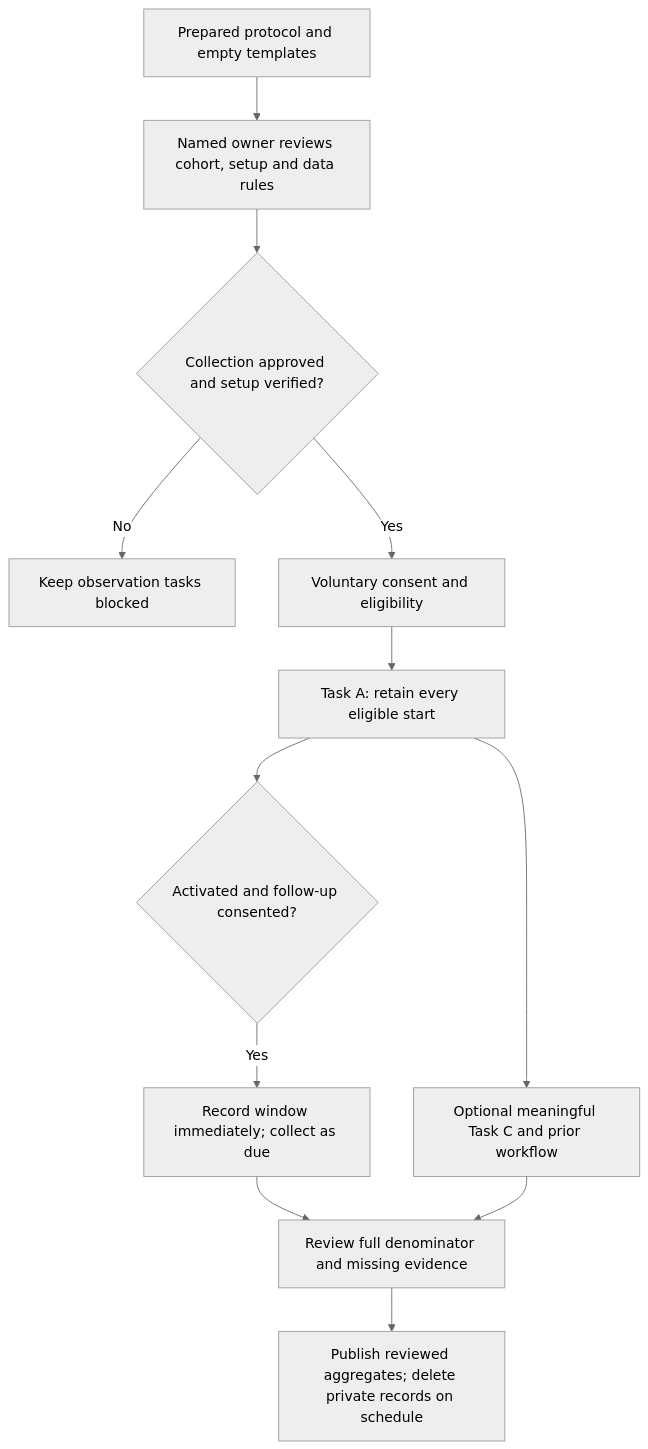
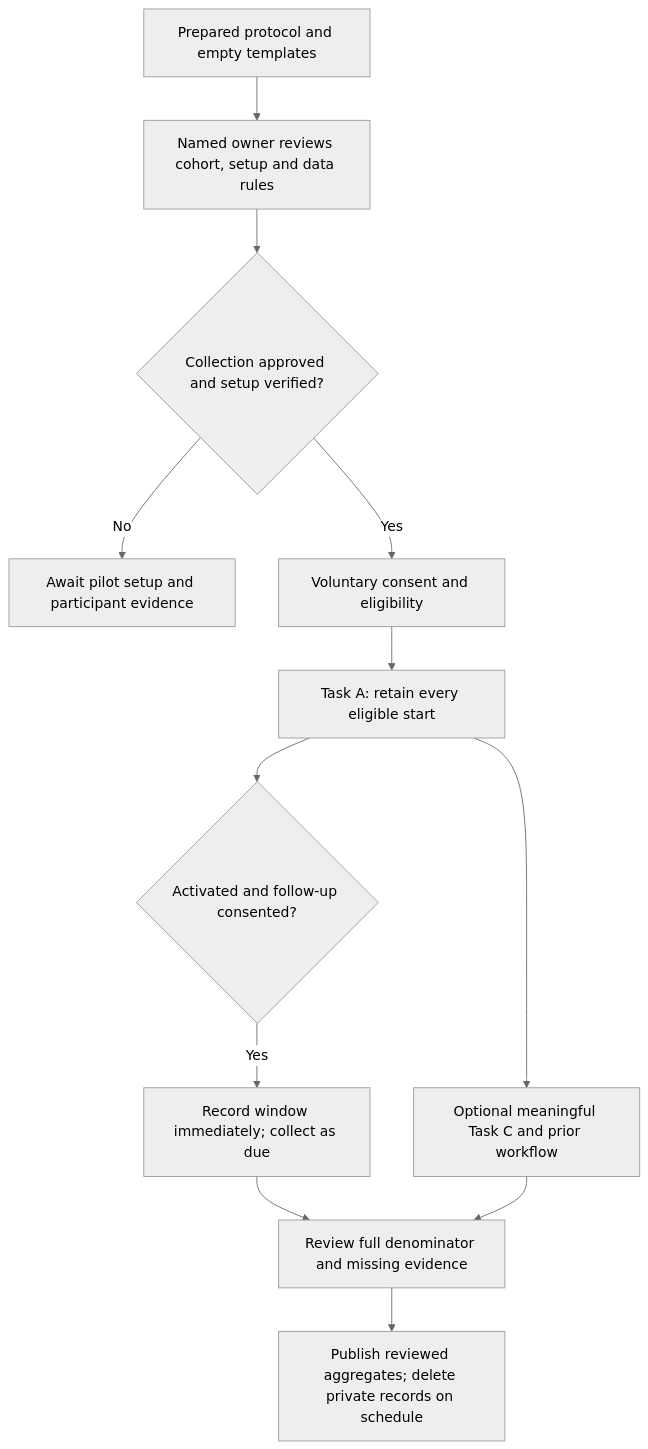
One commit to PyBLE-dev/PyBLE changed the diagram in docs/developments/2026-q4-reliable-workflow/c1-s1/02_Pilot_Protocol_and_Observation_Kit.md. Above: the diagram before and after it, drawn with Mermaid (neutral theme). The commit also changed other lines of this file and 9 other files, not shown here.

````diff
--- a/docs/developments/2026-q4-reliable-workflow/c1-s1/02_Pilot_Protocol_and_Observation_Kit.md
+++ b/docs/developments/2026-q4-reliable-workflow/c1-s1/02_Pilot_Protocol_and_Observation_Kit.md
@@ -48,14 +50,14 @@
 ```mermaid
 flowchart TD
     Kit["Prepared protocol and empty templates"] --> Decision["Named owner reviews cohort, setup and data rules"]
     Decision --> Gate{"Collection approved and setup verified?"}
-    Gate -- No --> Hold["Keep observation tasks blocked"]
+    Gate -- No --> Hold["Await pilot setup and participant evidence"]
     Gate -- Yes --> Consent["Voluntary consent and eligibility"]
     Consent --> A["Task A: retain every eligible start"]
     A --> C["Optional meaningful Task C and prior workflow"]
     A --> Link{"Activated and follow-up consented?"}
     Link -- Yes --> Window["Record window immediately; collect as due"]
     Window --> Review["Review full denominator and missing evidence"]
     C --> Review
     Review --> Delete["Publish reviewed aggregates; delete private records on schedule"]
 ```
````
